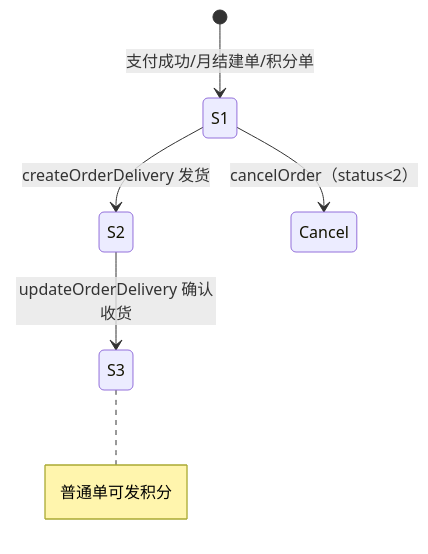
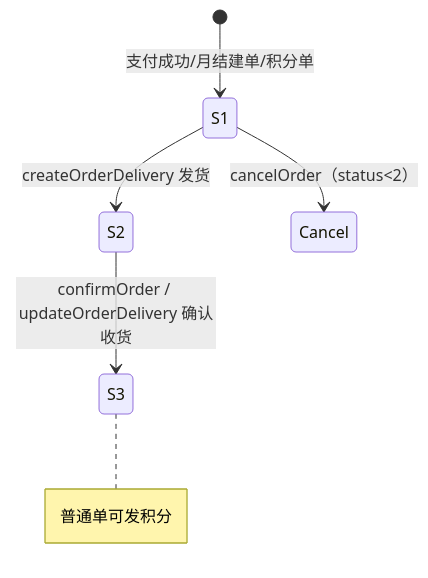
The first of 3 diagrams in docs/03b-order-fulfillment.md (tinyshu/shop), drawn with Mermaid before and after one commit. The commit also changed other lines of this file and 25 other files, not shown here.

First line of the commit message:
feat(fulfillment/v0.3.0): add confirmOrder and conditional receive

````diff
--- a/docs/03b-order-fulfillment.md
+++ b/docs/03b-order-fulfillment.md
@@ -17,8 +17,8 @@
 ```mermaid
 stateDiagram-v2
   [*] --> S1: 支付成功/月结建单/积分单
   S1 --> S2: createOrderDelivery 发货
-  S2 --> S3: updateOrderDelivery 确认收货
+  S2 --> S3: confirmOrder / updateOrderDelivery 确认收货
   S1 --> Cancel: cancelOrder（status<2）
   note right of S3: 普通单可发积分
 ```
````
